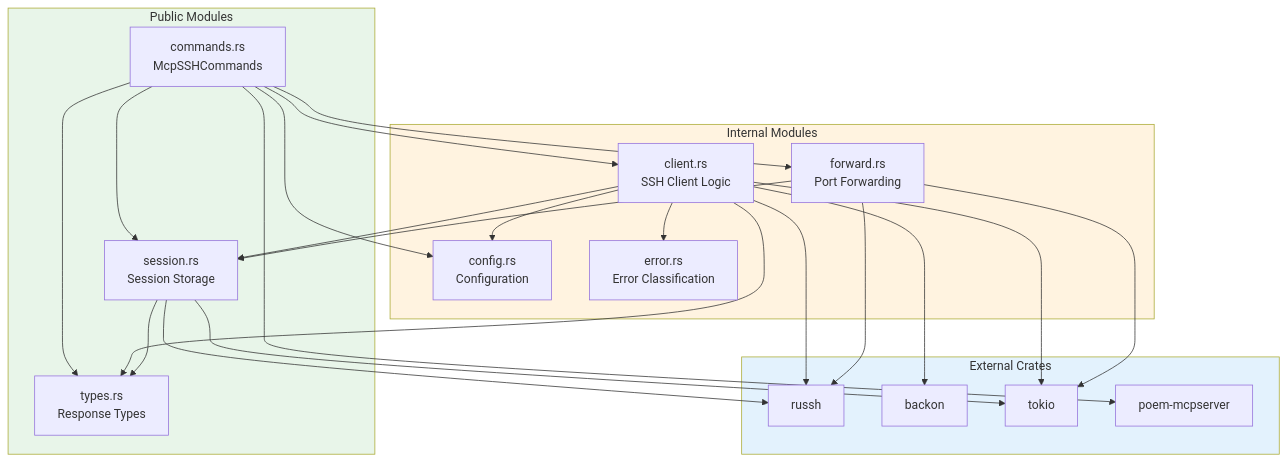
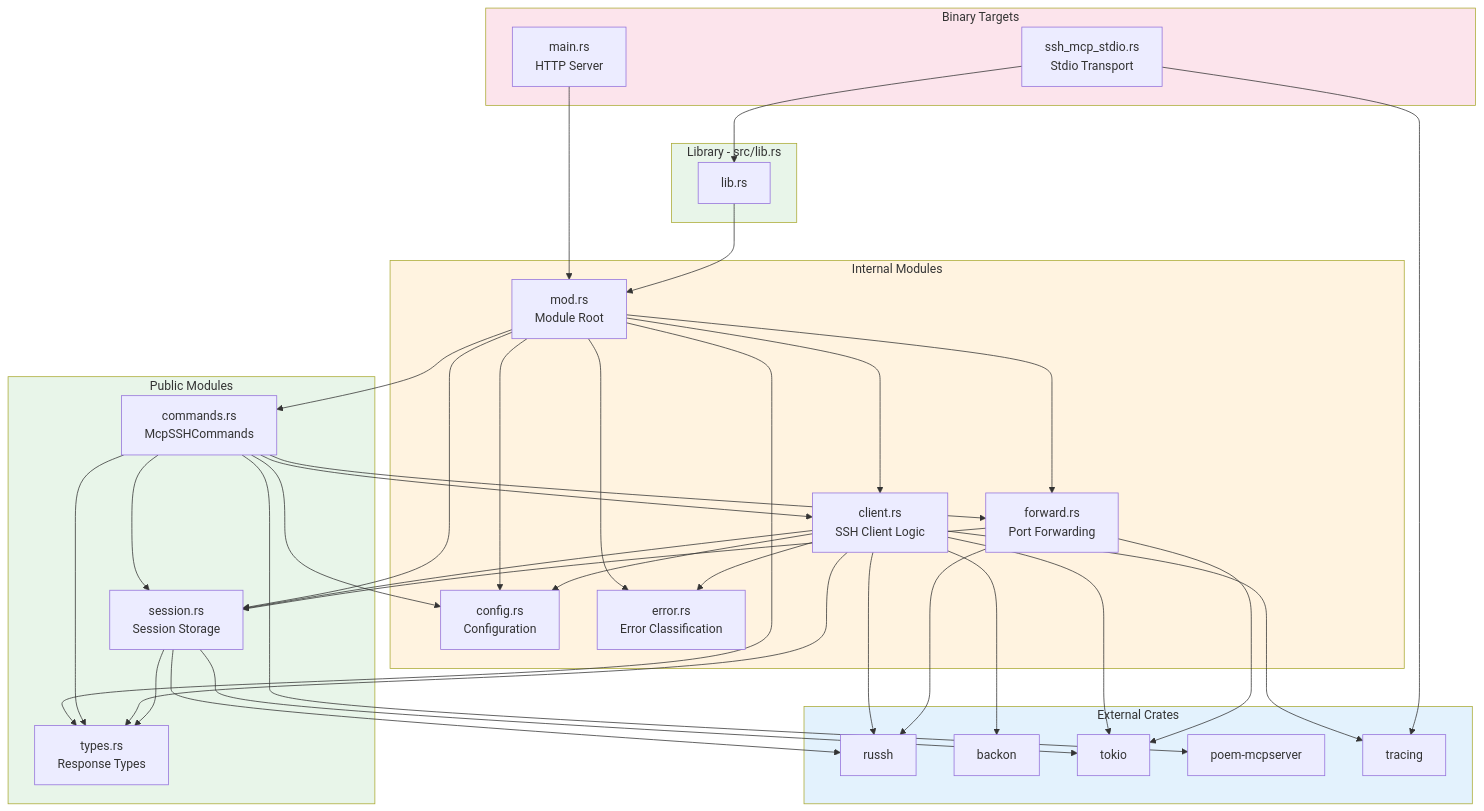
The second of 10 diagrams in docs/ARCHITECTURE.md (farchanjo/ssh-mcp), drawn with Mermaid before and after one commit. The commit also changed other lines of this file and 3 other files, not shown here.

First line of the commit message:
docs: update all documentation for RSA hash and modular architecture

````diff
--- a/docs/ARCHITECTURE.md
+++ b/docs/ARCHITECTURE.md
@@ -132,49 +144,77 @@
 ```mermaid
 flowchart TB
+    subgraph Binaries["Binary Targets"]
+        main["main.rs<br/>HTTP Server"]
+        stdio["ssh_mcp_stdio.rs<br/>Stdio Transport"]
+    end
+
+    subgraph Library["Library - src/lib.rs"]
+        lib["lib.rs"]
+    end
+
     subgraph Public["Public Modules"]
         commands["commands.rs<br/>McpSSHCommands"]
         types["types.rs<br/>Response Types"]
         session["session.rs<br/>Session Storage"]
     end
 
     subgraph Internal["Internal Modules"]
         client["client.rs<br/>SSH Client Logic"]
         config["config.rs<br/>Configuration"]
         error["error.rs<br/>Error Classification"]
         forward["forward.rs<br/>Port Forwarding"]
+        modrs["mod.rs<br/>Module Root"]
     end
 
     subgraph External["External Crates"]
         russh["russh"]
         backon["backon"]
         tokio["tokio"]
         poem_mcp["poem-mcpserver"]
+        tracing["tracing"]
     end
+
+    main --> modrs
+    stdio --> lib
+    lib --> modrs
+
+    modrs --> commands
+    modrs --> types
+    modrs --> session
+    modrs --> client
+    modrs --> config
+    modrs --> error
+    modrs --> forward
 
     commands --> client
     commands --> config
     commands --> session
     commands --> types
     commands --> forward
     commands --> poem_mcp
 
     client --> config
     client --> error
     client --> session
     client --> types
     client --> russh
     client --> backon
     client --> tokio
+    client --> tracing
 
     forward --> session
     forward --> russh
     forward --> tokio
 
     session --> types
     session --> russh
     session --> tokio
 
+    stdio --> tracing
+
+    style Binaries fill:#fce4ec
+    style Library fill:#e8f5e9
     style Public fill:#e8f5e9
     style Internal fill:#fff3e0
     style External fill:#e3f2fd
 ```
````
